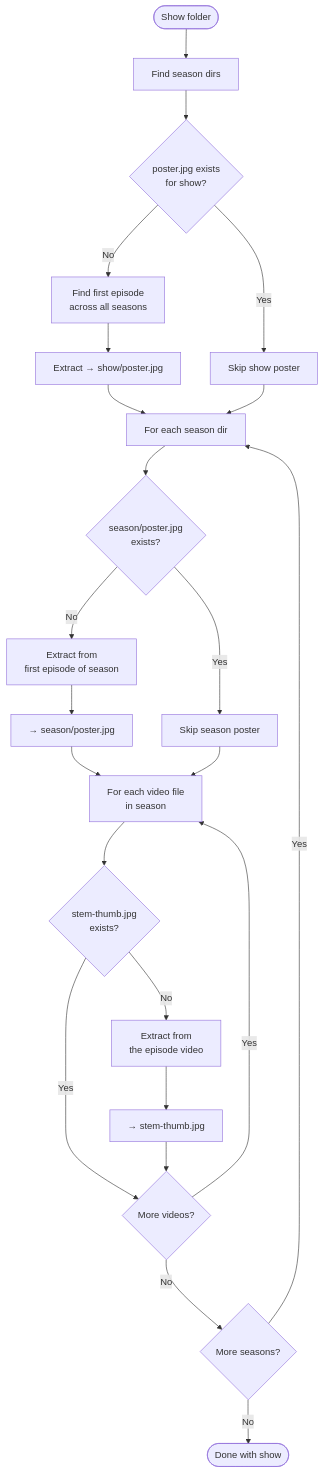
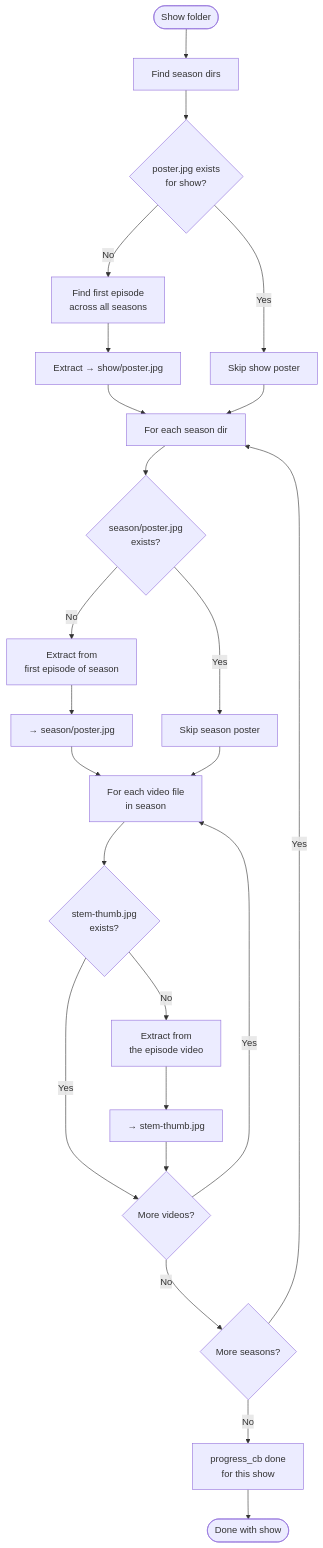
Before and after one commit to roto31/Plex-NFO-creator-and-Poster-Art-creator: diagram 13 of 17 in docs/diagrams.md, drawn with Mermaid. The commit also changed other lines of this file and 14 other files, not shown here.

````diff
--- a/docs/diagrams.md
+++ b/docs/diagrams.md
@@ -204,25 +348,26 @@
 ```mermaid
 flowchart TD
     A([Show folder]) --> B[Find season dirs]
     B --> C{poster.jpg exists\nfor show?}
     C -- No --> D[Find first episode\nacross all seasons]
     D --> E[Extract → show/poster.jpg]
     C -- Yes --> F[Skip show poster]
     E --> G[For each season dir]
     F --> G
     G --> H{season/poster.jpg\nexists?}
     H -- No --> I[Extract from\nfirst episode of season]
     I --> J[→ season/poster.jpg]
     H -- Yes --> K[Skip season poster]
     J --> L[For each video file\nin season]
     K --> L
     L --> M{stem-thumb.jpg\nexists?}
     M -- Yes --> N{More videos?}
     M -- No --> O[Extract from\nthe episode video]
     O --> P[→ stem-thumb.jpg]
     P --> N
     N -- Yes --> L
     N -- No --> Q{More seasons?}
     Q -- Yes --> G
-    Q -- No --> R([Done with show])
+    Q -- No --> R[progress_cb done\nfor this show]
+    R --> S([Done with show])
 ```
````
